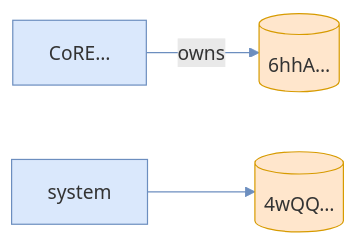
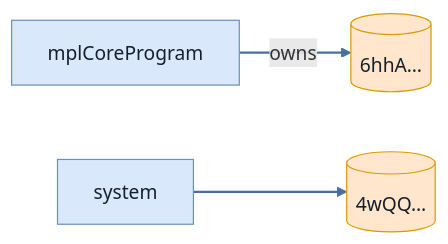
Before and after one commit to cds-turbin3/vesting-position: the ninth of 9 diagrams in babelfish-tests/test-report/transfer_blocked_when_collection_frozen.md, drawn with Mermaid. The commit also changed other lines of this file and 106 other files, not shown here.

````diff
--- a/babelfish-tests/test-report/transfer_blocked_when_collection_frozen.md
+++ b/babelfish-tests/test-report/transfer_blocked_when_collection_frozen.md
@@ -403,13 +401,13 @@
 ```mermaid
 flowchart LR
-    CoRE["CoRE…"]:::program
+    mplCoreProgram["mplCoreProgram"]:::program
     n6hhA[("6hhA…")]:::state
     system["system"]:::program
     n4wQQ[("4wQQ…")]:::state
-    CoRE -->|owns| n6hhA
+    mplCoreProgram -->|owns| n6hhA
     system --> n4wQQ
-    classDef program fill:#dae8fc,stroke:#6c8ebf;
-    classDef signer fill:#d5e8d4,stroke:#82b366;
-    classDef state fill:#ffe6cc,stroke:#d79b00;
-    linkStyle 0,1 stroke:#6c8ebf
+    classDef program fill:#dae8fc,stroke:#6c8ebf,color:#17202a;
+    classDef signer fill:#d5e8d4,stroke:#82b366,color:#17202a;
+    classDef state fill:#ffe6cc,stroke:#d79b00,color:#17202a;
+    linkStyle 0,1 stroke:#456ea1,stroke-width:2px
 ```
````
